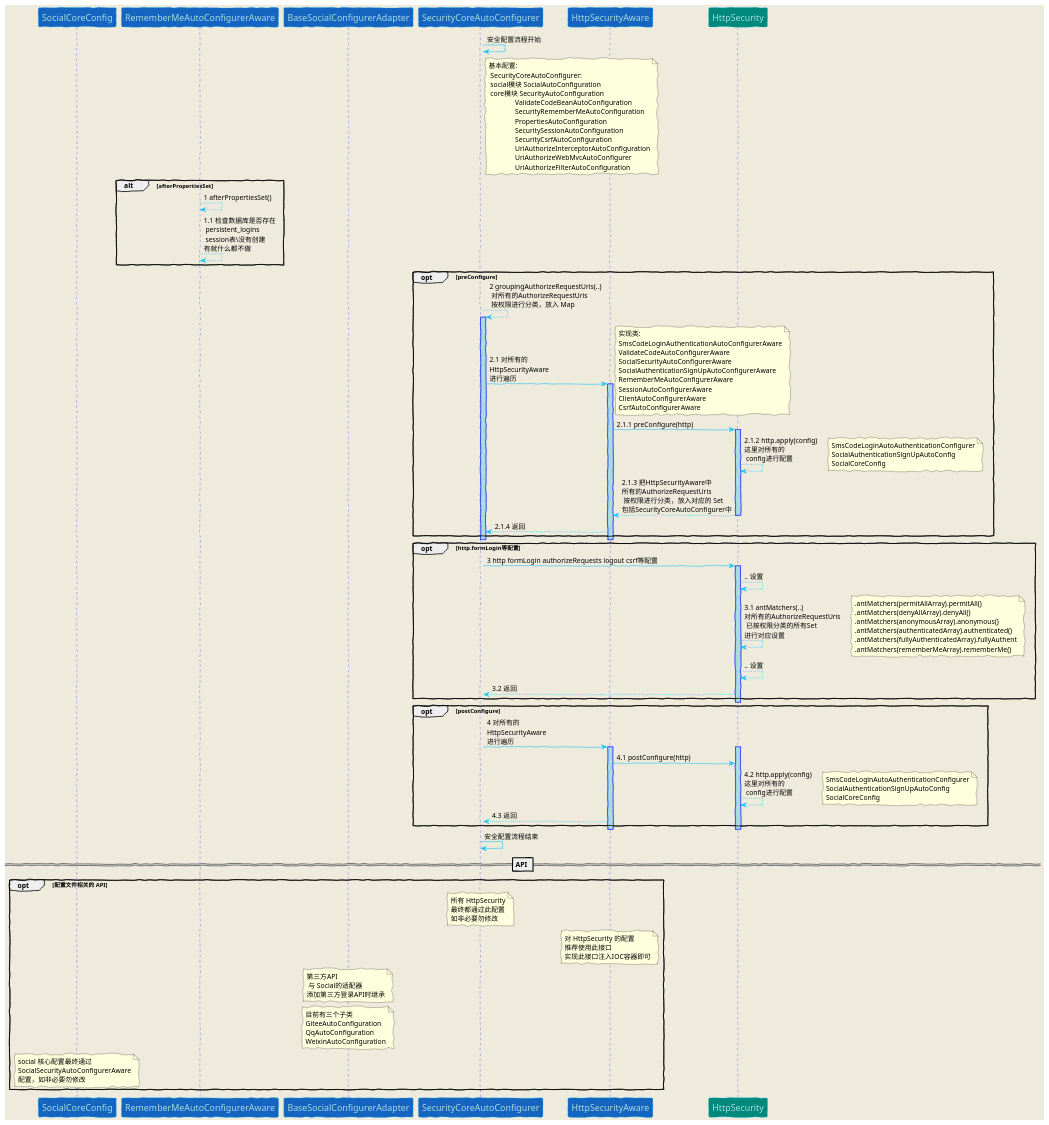
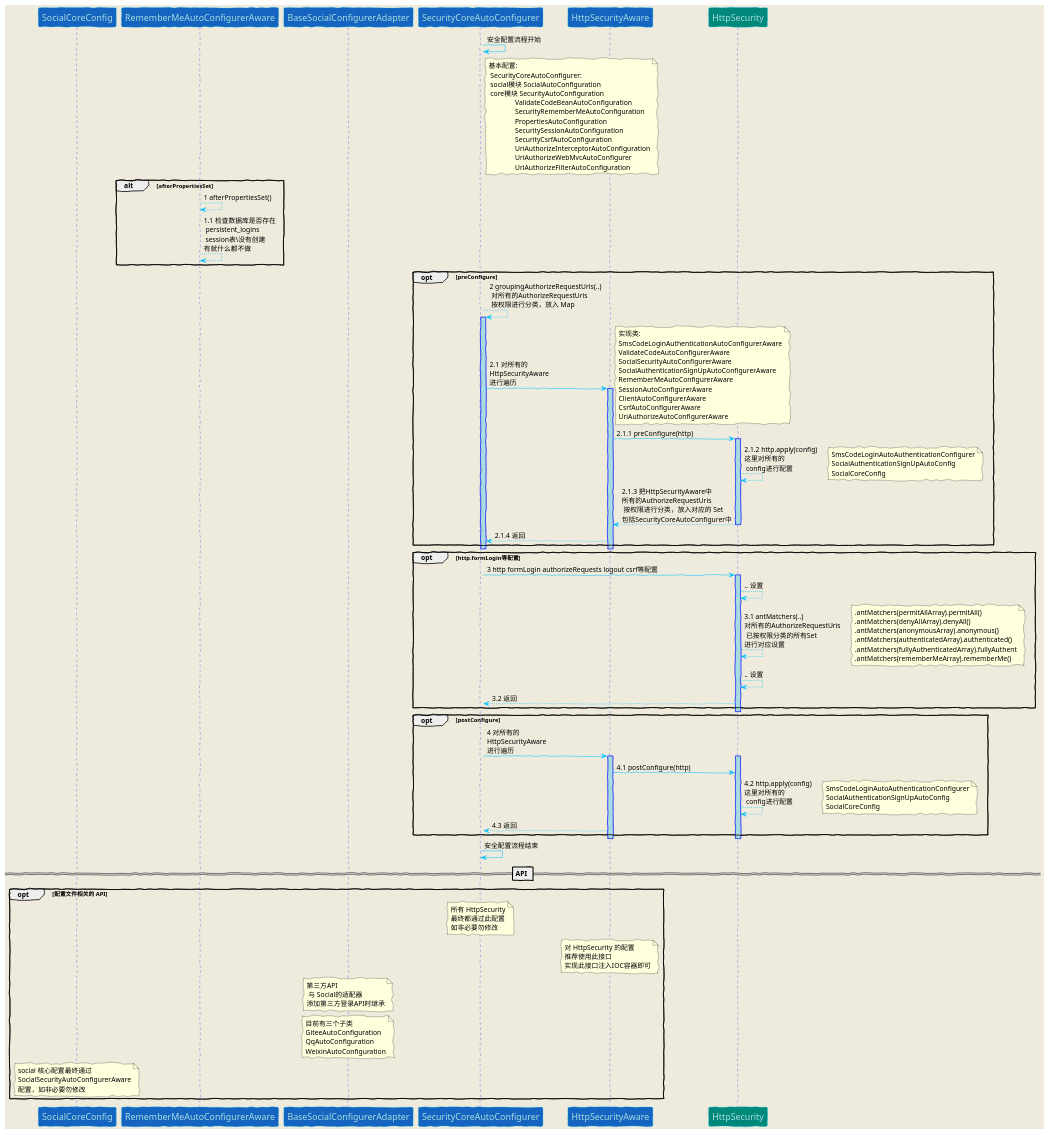
The diagram in doc/puml/securityConfigurer.puml (ZeroOrInfinity/UMS), drawn with PlantUML before and after one commit. The commit also changed 20 other files, not shown here.

Commit message:
1. 增加权限控制 hasPermission(..) 方法的表达式处理器; 2. 添加 ClientProperties.accessExp="hasPermission('request', 'authentication')" 配置, 等效于 httpSecurity.authorizeRequests().anyRequest().access("hasPermission('request', 'authentication')"); 3. 删除 UriAuthorizeFilter 过滤器模式的权限控制.

```diff
--- a/doc/puml/securityConfigurer.puml
+++ b/doc/puml/securityConfigurer.puml
@@ -1,112 +1,113 @@
 @startuml
 
 skinparam backgroundColor #EEEBDC
 skinparam handwritten true
 skinparam sequence {
 ArrowColor DeepSkyBlue
 ActorBorderColor DeepSkyBlue
 LifeLineBorderColor blue
 LifeLineBackgroundColor #A9DCDF
 ParticipantBorderColor DeepSkyBlue
 ParticipantBackgroundColor #00897b
 ParticipantFontName Impact
 ParticipantFontSize 17
 ParticipantFontColor #A9DCDF
 ActorBackgroundColor aqua
 ActorFontColor DeepSkyBlue
 ActorFontSize 17
 ActorFontName Aapex
 }
 participant "SocialCoreConfig"  #1565c0
 participant "RememberMeAutoConfigurerAware"  #1565c0
 
 participant "BaseSocialConfigurerAdapter"  #1565c0
 
 participant "SecurityCoreAutoConfigurer" #1565c0
 SecurityCoreAutoConfigurer -> SecurityCoreAutoConfigurer: 安全配置流程开始
 note right SecurityCoreAutoConfigurer: 基本配置:\n SecurityCoreAutoConfigurer: \n\
  social模块 SocialAutoConfiguration\n core模块 SecurityAutoConfiguration\n\
                ValidateCodeBeanAutoConfiguration\n               SecurityRememberMeAutoConfiguration\n\
                PropertiesAutoConfiguration\n\                SecuritySessionAutoConfiguration\n\
                SecurityCsrfAutoConfiguration\n\                UriAuthorizeInterceptorAutoConfiguration\n\
                UriAuthorizeWebMvcAutoConfigurer\n\                UriAuthorizeFilterAutoConfiguration
 alt afterPropertiesSet
 RememberMeAutoConfigurerAware --> RememberMeAutoConfigurerAware: 1 afterPropertiesSet()
 RememberMeAutoConfigurerAware --> RememberMeAutoConfigurerAware: 1.1 检查数据库是否存在\n persistent_logins\n session表\没有创建\n有就什么都不做
 end
 activate SecurityCoreAutoConfigurer
 opt preConfigure
 SecurityCoreAutoConfigurer --> SecurityCoreAutoConfigurer: 2 groupingAuthorizeRequestUris(..)\n 对所有的AuthorizeRequestUris\n 按权限进行分类，放入 Map
 activate SecurityCoreAutoConfigurer
 participant "HttpSecurityAware" #1565c0
 SecurityCoreAutoConfigurer -> HttpSecurityAware: 2.1 对所有的\nHttpSecurityAware\n进行遍历
 activate HttpSecurityAware
 note right : 实现类:\n\
 SmsCodeLoginAuthenticationAutoConfigurerAware\n\
 ValidateCodeAutoConfigurerAware\n\
 SocialSecurityAutoConfigurerAware\n\
 SocialAuthenticationSignUpAutoConfigurerAware\n\
 RememberMeAutoConfigurerAware\n\
 SessionAutoConfigurerAware\n\
 ClientAutoConfigurerAware\n\
-CsrfAutoConfigurerAware
+CsrfAutoConfigurerAware\n\
+UriAuthorizeAutoConfigurerAware
 HttpSecurityAware -> HttpSecurity: 2.1.1 preConfigure(http)
 activate HttpSecurity
 HttpSecurity --> HttpSecurity: 2.1.2 http.apply(config)\n这里对所有的\n config进行配置
 note right : SmsCodeLoginAutoAuthenticationConfigurer\n\
 SocialAuthenticationSignUpAutoConfig\n\
 SocialCoreConfig
 HttpSecurity --> HttpSecurityAware: 2.1.3 把HttpSecurityAware中\n所有的AuthorizeRequestUris\n 按权限进行分类，放入对应的 Set\n包括SecurityCoreAutoConfigurer中
 deactivate HttpSecurity
 HttpSecurityAware --> SecurityCoreAutoConfigurer: 2.1.4 返回
 end
 deactivate HttpSecurityAware
 deactivate SecurityCoreAutoConfigurer
 opt http.formLogin等配置
 SecurityCoreAutoConfigurer -> HttpSecurity: 3 http formLogin authorizeRequests logout csrf等配置
 activate HttpSecurity
 HttpSecurity --> HttpSecurity: .. 设置
 HttpSecurity --> HttpSecurity: 3.1 antMatchers(..)\n对所有的AuthorizeRequestUris\n 已按权限分类的所有Set\n进行对应设置
 note right : .antMatchers(permitAllArray).permitAll()\n\
 .antMatchers(denyAllArray).denyAll()\n\
 .antMatchers(anonymousArray).anonymous()\n\
 .antMatchers(authenticatedArray).authenticated()\n\
 .antMatchers(fullyAuthenticatedArray).fullyAuthent\n\
 .antMatchers(rememberMeArray).rememberMe()
 HttpSecurity --> HttpSecurity: .. 设置
 HttpSecurity --> SecurityCoreAutoConfigurer: 3.2 返回
 end
 deactivate HttpSecurity
 activate SecurityCoreAutoConfigurer
 opt postConfigure
 SecurityCoreAutoConfigurer -> HttpSecurityAware: 4 对所有的\nHttpSecurityAware\n进行遍历
 activate HttpSecurityAware
 activate HttpSecurity
 HttpSecurityAware -> HttpSecurity: 4.1 postConfigure(http)
 HttpSecurity --> HttpSecurity: 4.2 http.apply(config)\n这里对所有的\n config进行配置
 note right : SmsCodeLoginAutoAuthenticationConfigurer\n\
 SocialAuthenticationSignUpAutoConfig\n\
 SocialCoreConfig
 
 HttpSecurityAware --> SecurityCoreAutoConfigurer: 4.3 返回
 end
 deactivate HttpSecurity
 deactivate HttpSecurityAware
 deactivate SecurityCoreAutoConfigurer
 
 deactivate SecurityCoreAutoConfigurer
 
 SecurityCoreAutoConfigurer -> SecurityCoreAutoConfigurer: 安全配置流程结束
 
 == API ==
 opt 配置文件相关的 API
 note over SecurityCoreAutoConfigurer: 所有 HttpSecurity\n最终都通过此配置\n如非必要勿修改
 note over HttpSecurityAware: 对 HttpSecurity 的配置\n推荐使用此接口\n实现此接口注入IOC容器即可
 
 note over BaseSocialConfigurerAdapter: 第三方API\n 与 Social的适配器\n添加第三方登录API时继承
 note over BaseSocialConfigurerAdapter: 目前有三个子类\nGiteeAutoConfiguration\nQqAutoConfiguration\nWeixinAutoConfiguration
 note over SocialCoreConfig: social 核心配置最终通过\nSocialSecurityAutoConfigurerAware\n配置，如非必要勿修改
 
 end
 
 @enduml
```
